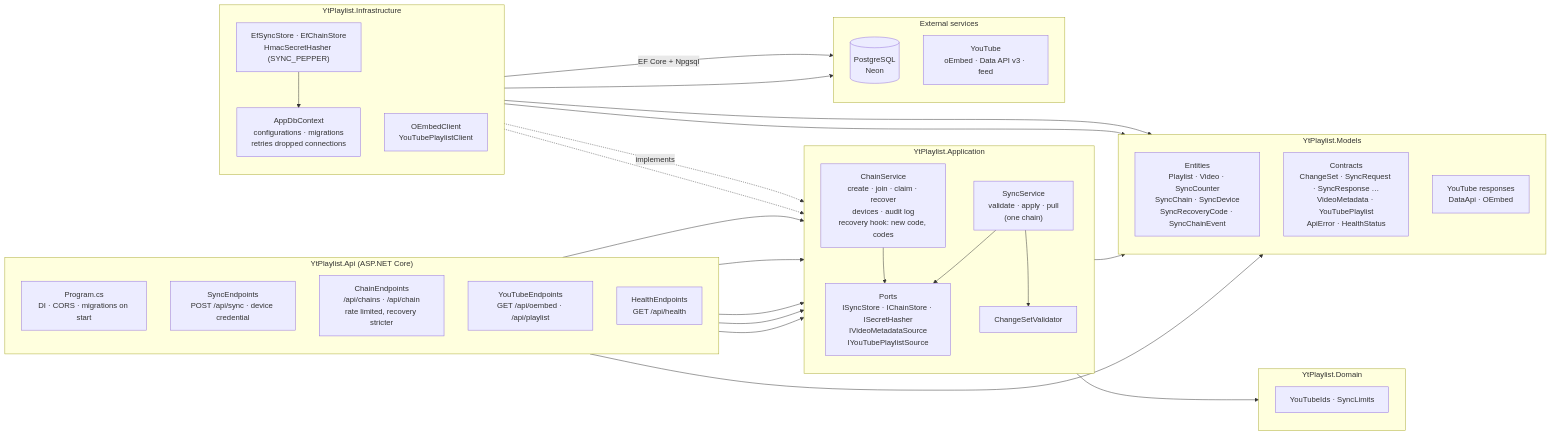
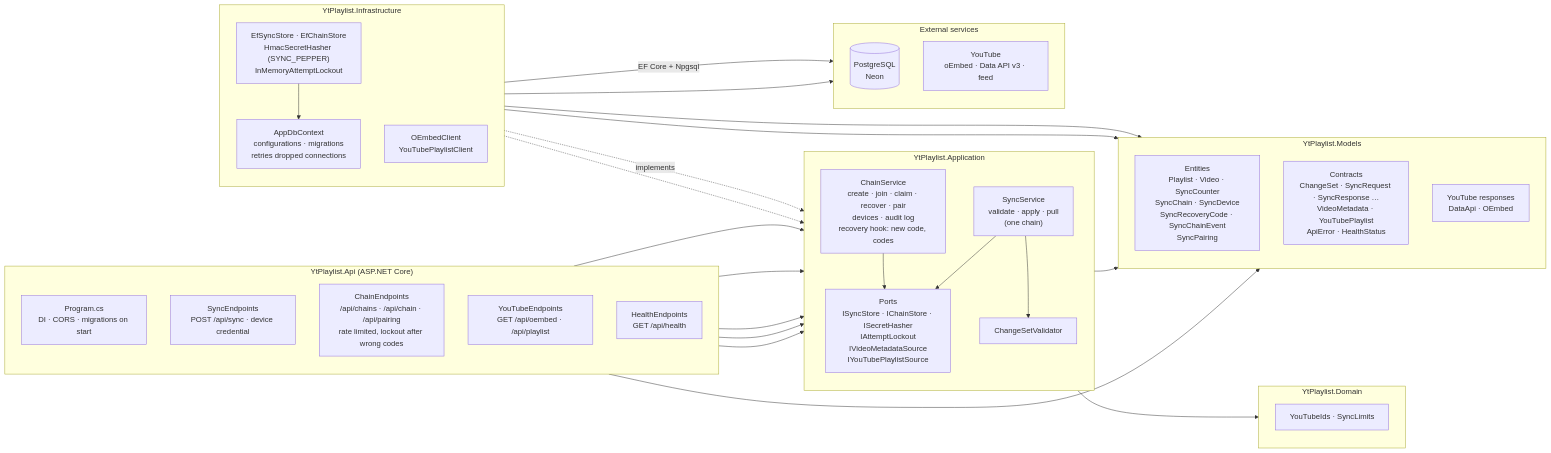
The second of 4 diagrams in docs/architecture.md (jestra52/yt-playlist-manager), drawn with Mermaid before and after one commit. The commit also changed other lines of this file and 56 other files, not shown here.

First line of the commit message:
Sync chain pairing: add a device with a short code approved on a connected device

````diff
--- a/docs/architecture.md
+++ b/docs/architecture.md
@@ -79,61 +79,61 @@
 ```mermaid
 flowchart LR
     subgraph apiProject["YtPlaylist.Api (ASP.NET Core)"]
         direction TB
         program["Program.cs<br/>DI · CORS · migrations on start"]
         syncEp["SyncEndpoints<br/>POST /api/sync · device credential"]
-        chainEp["ChainEndpoints<br/>/api/chains · /api/chain<br/>rate limited, recovery stricter"]
+        chainEp["ChainEndpoints<br/>/api/chains · /api/chain · /api/pairing<br/>rate limited, lockout after wrong codes"]
         ytEp["YouTubeEndpoints<br/>GET /api/oembed · /api/playlist"]
         healthEp["HealthEndpoints<br/>GET /api/health"]
     end
 
     subgraph application["YtPlaylist.Application"]
         direction TB
         syncSvc["SyncService<br/>validate · apply · pull<br/>(one chain)"]
-        chainSvc["ChainService<br/>create · join · claim · recover<br/>devices · audit log<br/>recovery hook: new code, codes"]
+        chainSvc["ChainService<br/>create · join · claim · recover · pair<br/>devices · audit log<br/>recovery hook: new code, codes"]
         validator["ChangeSetValidator"]
-        ports["Ports<br/>ISyncStore · IChainStore · ISecretHasher<br/>IVideoMetadataSource<br/>IYouTubePlaylistSource"]
+        ports["Ports<br/>ISyncStore · IChainStore · ISecretHasher<br/>IAttemptLockout<br/>IVideoMetadataSource<br/>IYouTubePlaylistSource"]
     end
 
     subgraph domain["YtPlaylist.Domain"]
         direction TB
         rules["YouTubeIds · SyncLimits"]
     end
 
     subgraph models["YtPlaylist.Models"]
         direction TB
-        entities["Entities<br/>Playlist · Video · SyncCounter<br/>SyncChain · SyncDevice<br/>SyncRecoveryCode · SyncChainEvent"]
+        entities["Entities<br/>Playlist · Video · SyncCounter<br/>SyncChain · SyncDevice<br/>SyncRecoveryCode · SyncChainEvent<br/>SyncPairing"]
         contracts["Contracts<br/>ChangeSet · SyncRequest · SyncResponse …<br/>VideoMetadata · YouTubePlaylist<br/>ApiError · HealthStatus"]
         youtubeDtos["YouTube responses<br/>DataApi · OEmbed"]
     end
 
     subgraph infrastructure["YtPlaylist.Infrastructure"]
         direction TB
-        store["EfSyncStore · EfChainStore<br/>HmacSecretHasher (SYNC_PEPPER)"]
+        store["EfSyncStore · EfChainStore<br/>HmacSecretHasher (SYNC_PEPPER)<br/>InMemoryAttemptLockout"]
         dbContext["AppDbContext<br/>configurations · migrations<br/>retries dropped connections"]
         clients["OEmbedClient<br/>YouTubePlaylistClient"]
         store --> dbContext
     end
 
     syncEp --> syncSvc
     syncEp & chainEp --> chainSvc
     chainSvc --> ports
     syncSvc --> validator & ports
     ytEp --> ports
     healthEp --> syncSvc
     store -. "implements" .-> ports
     clients -.-> ports
     validator --> rules
     dbContext --> entities
     syncEp & ports --> contracts
     clients --> youtubeDtos
 
     subgraph external["External services"]
         direction TB
         postgres[("PostgreSQL<br/>Neon")]
         yt["YouTube<br/>oEmbed · Data API v3 · feed"]
     end
 
     dbContext -- "EF Core + Npgsql" --> postgres
     clients --> yt
 ```
````
